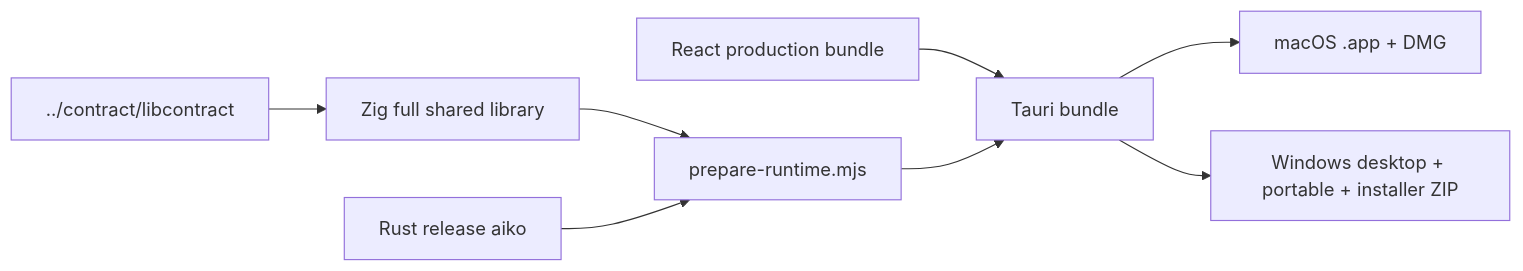
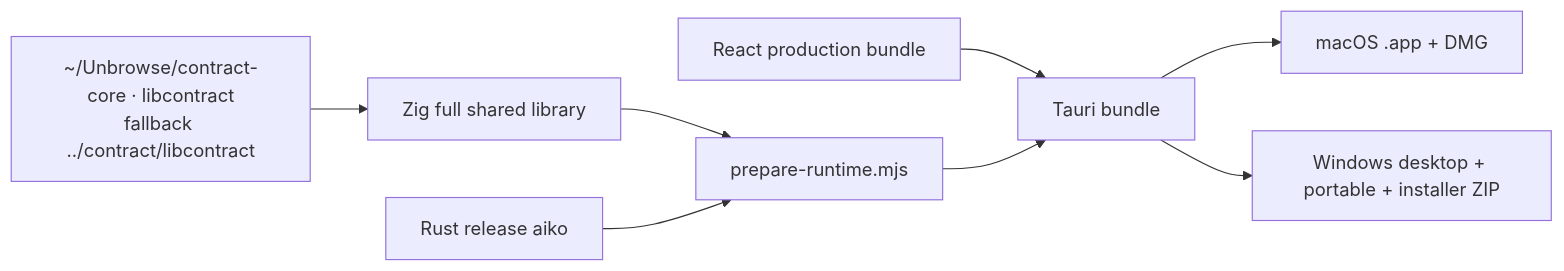
One commit to lekt9/aiko changed the eighth of 8 diagrams in aiko/docs/REPOSITORY-GUIDE.md. Above: the diagram before and after it, drawn with Mermaid. The commit also changed 278 other files, not shown here.

````diff
--- a/aiko/docs/REPOSITORY-GUIDE.md
+++ b/aiko/docs/REPOSITORY-GUIDE.md
@@ -492,19 +492,19 @@
 ```mermaid
 flowchart LR
-    ContractSrc[../contract/libcontract]
+    ContractSrc[~/Unbrowse/contract-core · libcontract<br/>fallback ../contract/libcontract]
     Zig[Zig full shared library]
     Rust[Rust release aiko]
     Web[React production bundle]
     Prep[prepare-runtime.mjs]
     Tauri[Tauri bundle]
     Mac[macOS .app + DMG]
     Win[Windows desktop + portable + installer ZIP]
 
     ContractSrc --> Zig
     Zig --> Prep
     Rust --> Prep
     Web --> Tauri
     Prep --> Tauri
     Tauri --> Mac
     Tauri --> Win
 ```
````
